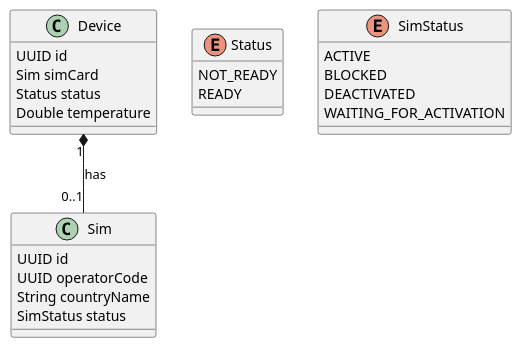
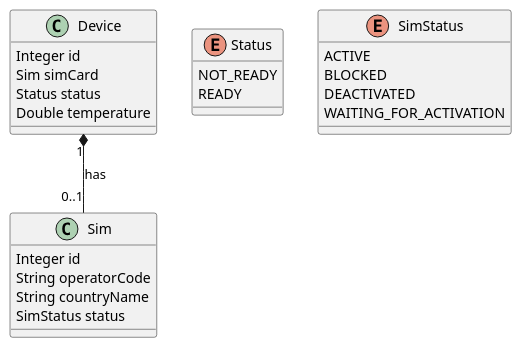
Before and after one commit to jpargoteo/vodafone-technical-test: the diagram in documentation/diagrams/01-Class-Diagram.puml, drawn with PlantUML.

Commit message:
Updated class diagram

```diff
--- a/documentation/diagrams/01-Class-Diagram.puml
+++ b/documentation/diagrams/01-Class-Diagram.puml
@@ -1,33 +1,33 @@
 @startuml
 'https://plantuml.com/class-diagram
 
 
 class Device {
-UUID id
+Integer id
 Sim simCard
 Status status
 Double temperature
 }
 
 class Sim {
-UUID id
-UUID operatorCode
+Integer id
+String operatorCode
 String countryName
 SimStatus status
 }
 
 enum Status {
 NOT_READY
 READY
 }
 
 enum SimStatus {
 ACTIVE
 BLOCKED
 DEACTIVATED
 WAITING_FOR_ACTIVATION
 }
 
 Device "1" *--"0..1" Sim : has
 
 @enduml
```
